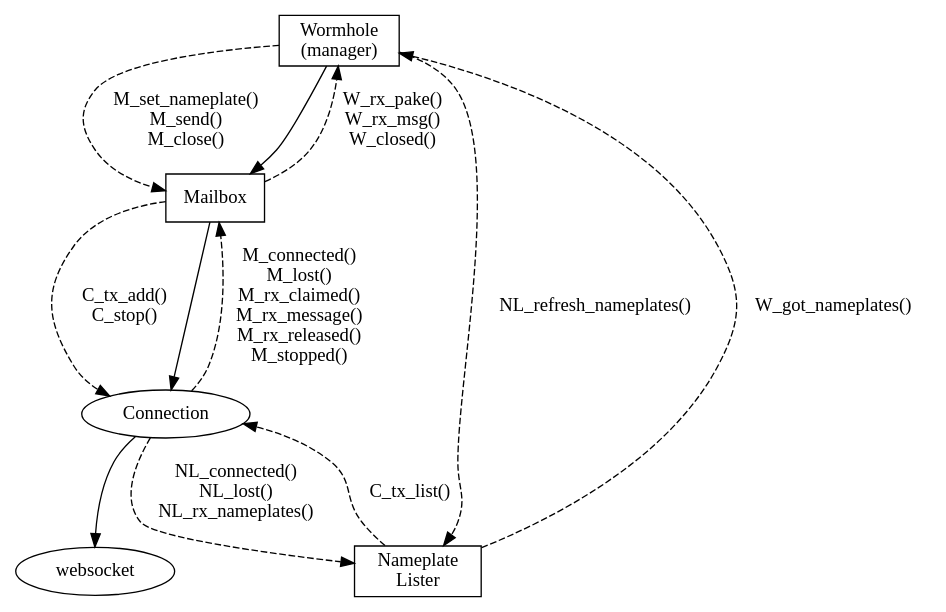
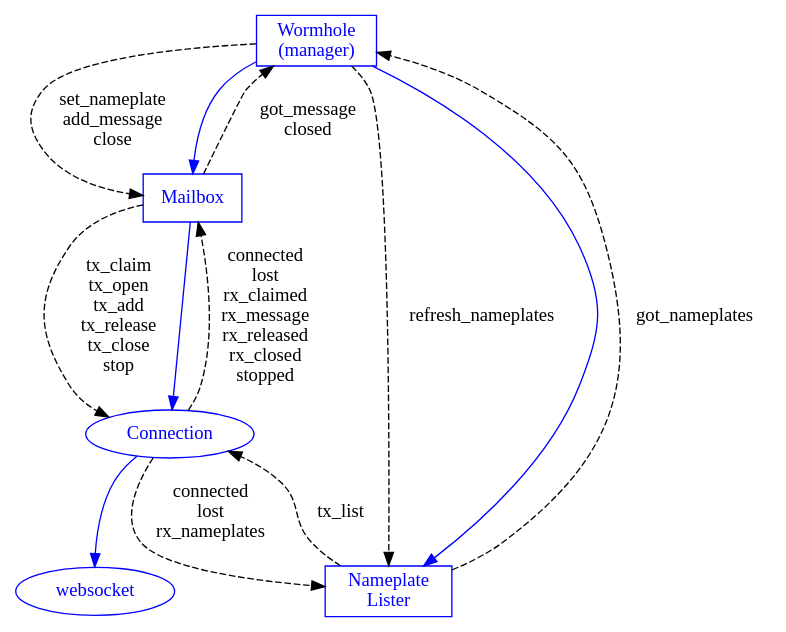
One commit to magic-wormhole/magic-wormhole changed the diagram in docs/machines.dot. Above: the diagram before and after it, drawn with Graphviz. The commit also changed 2 other files, not shown here.

Commit message:
make mailbox/mailbox_close/machines consistent
finally get mailbox.png layout good enough

```diff
--- a/docs/machines.dot
+++ b/docs/machines.dot
@@ -1,36 +1,42 @@
 digraph {
-        Wormhole [shape="box" label="Wormhole\n(manager)"]
+        Wormhole [shape="box" label="Wormhole\n(manager)"
+                  color="blue" fontcolor="blue"]
+        Mailbox [shape="box" color="blue" fontcolor="blue"]
+        Connection [shape="oval" color="blue" fontcolor="blue"]
+        websocket [shape="oval" color="blue" fontcolor="blue"]
+        Nameplates [shape="box" label="Nameplate\nLister"
+                    color="blue" fontcolor="blue"]
+
+        Connection -> websocket [color="blue"]
+
         Wormhole -> Mailbox [style="dashed"
-                             label="M_set_nameplate()\nM_send()\nM_close()"
+                             label="set_nameplate\nadd_message\nclose"
                              ]
-        Wormhole -> Mailbox
+        Wormhole -> Mailbox [color="blue"]
         Mailbox -> Wormhole [style="dashed"
-                             label="W_rx_pake()\nW_rx_msg()\nW_closed()"
+                             label="got_message\nclosed"
                              ]
-        Mailbox [shape="box"]
         Mailbox -> Connection [style="dashed"
-                               label="C_tx_add()\nC_stop()"
+                               label="tx_claim\ntx_open\ntx_add\ntx_release\ntx_close\nstop"
                                ]
-        Mailbox -> Connection
+        Mailbox -> Connection [color="blue"]
         Connection -> Mailbox [style="dashed"
-                               label="M_connected()\nM_lost()\nM_rx_claimed()\nM_rx_message()\nM_rx_released()\nM_stopped()"]
-        
-        Connection -> websocket
+                               label="connected\nlost\nrx_claimed\nrx_message\nrx_released\nrx_closed\nstopped"]
 
-        Nameplates [shape="box" label="Nameplate\nLister"]
         Wormhole -> Nameplates [style="dashed"
-                                label="NL_refresh_nameplates()"
+                                label="refresh_nameplates"
                                 ]
+        Wormhole -> Nameplates [color="blue"]
         Nameplates -> Wormhole [style="dashed"
-                                label="W_got_nameplates()"
+                                label="got_nameplates"
                                 ]
         Connection -> Nameplates [style="dashed"
-                                  label="NL_connected()\nNL_lost()\nNL_rx_nameplates()"
+                                  label="connected\nlost\nrx_nameplates"
                                   ]
         Nameplates -> Connection [style="dashed"
-                                  label="C_tx_list()"
+                                  label="tx_list"
                                   ]
 
 
 
 }
```
